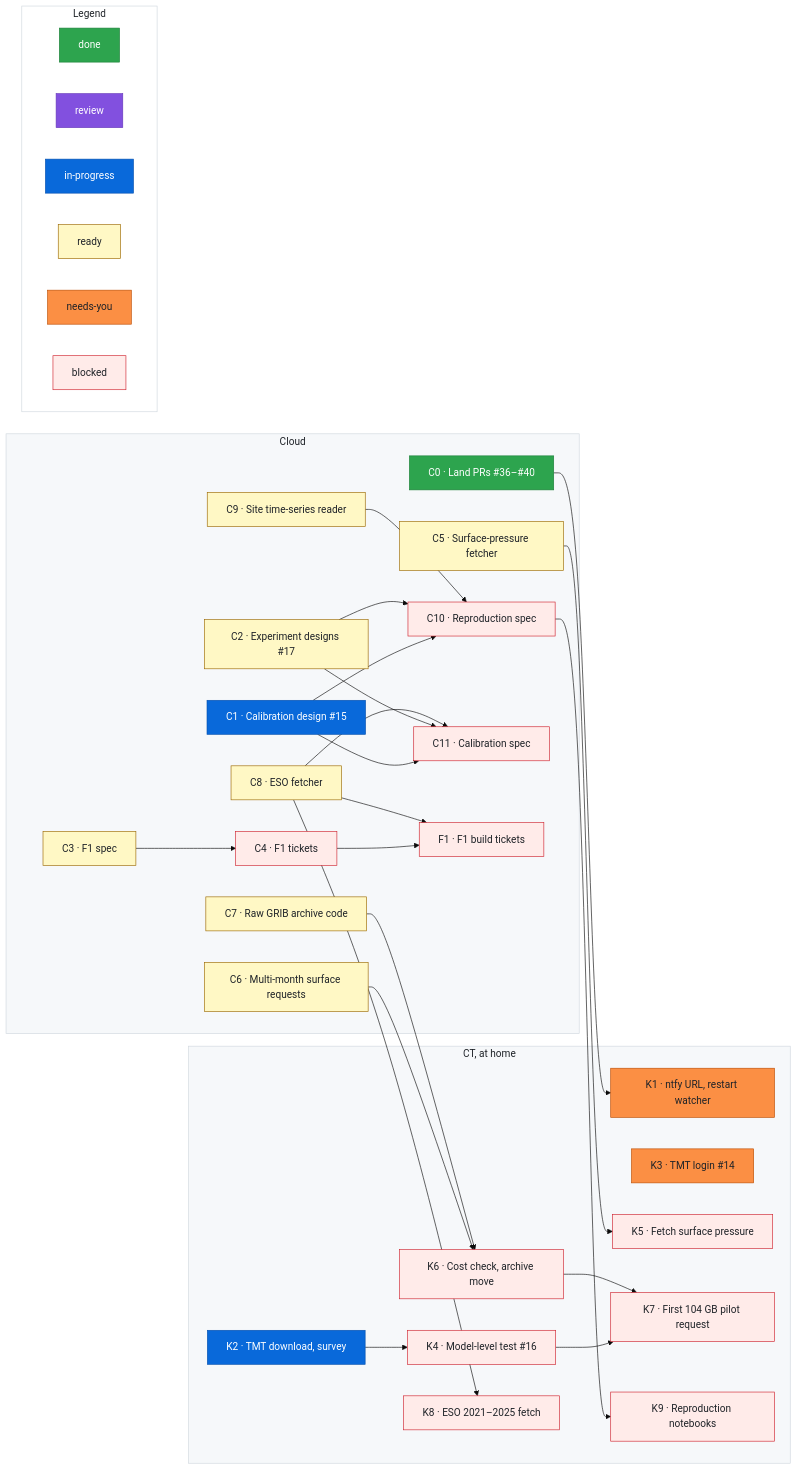
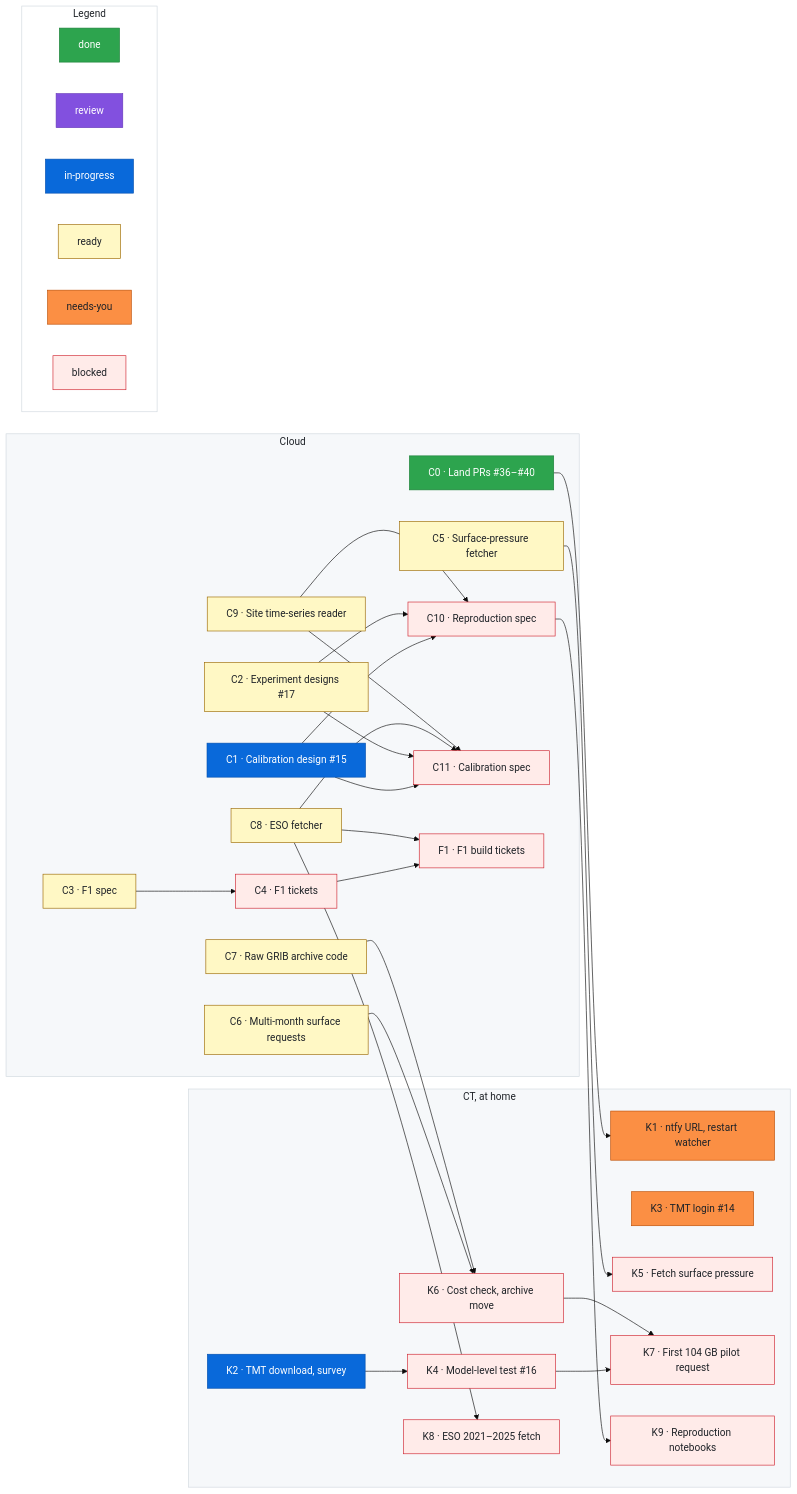
Before and after one commit to rrweller/Astro-seeing: the diagram in docs/roadmap.md, drawn with Mermaid (base theme). The commit also changed other lines of this file and 1 other file, not shown here.

```diff
--- a/docs/roadmap.md
+++ b/docs/roadmap.md
@@ -102,6 +102,7 @@
   C1 --> C11
   C2 --> C11
   C8 --> C11
+  C9 --> C11
   C0 --> K1
   K2 --> K4 --> K7
   C5 --> K5
```
